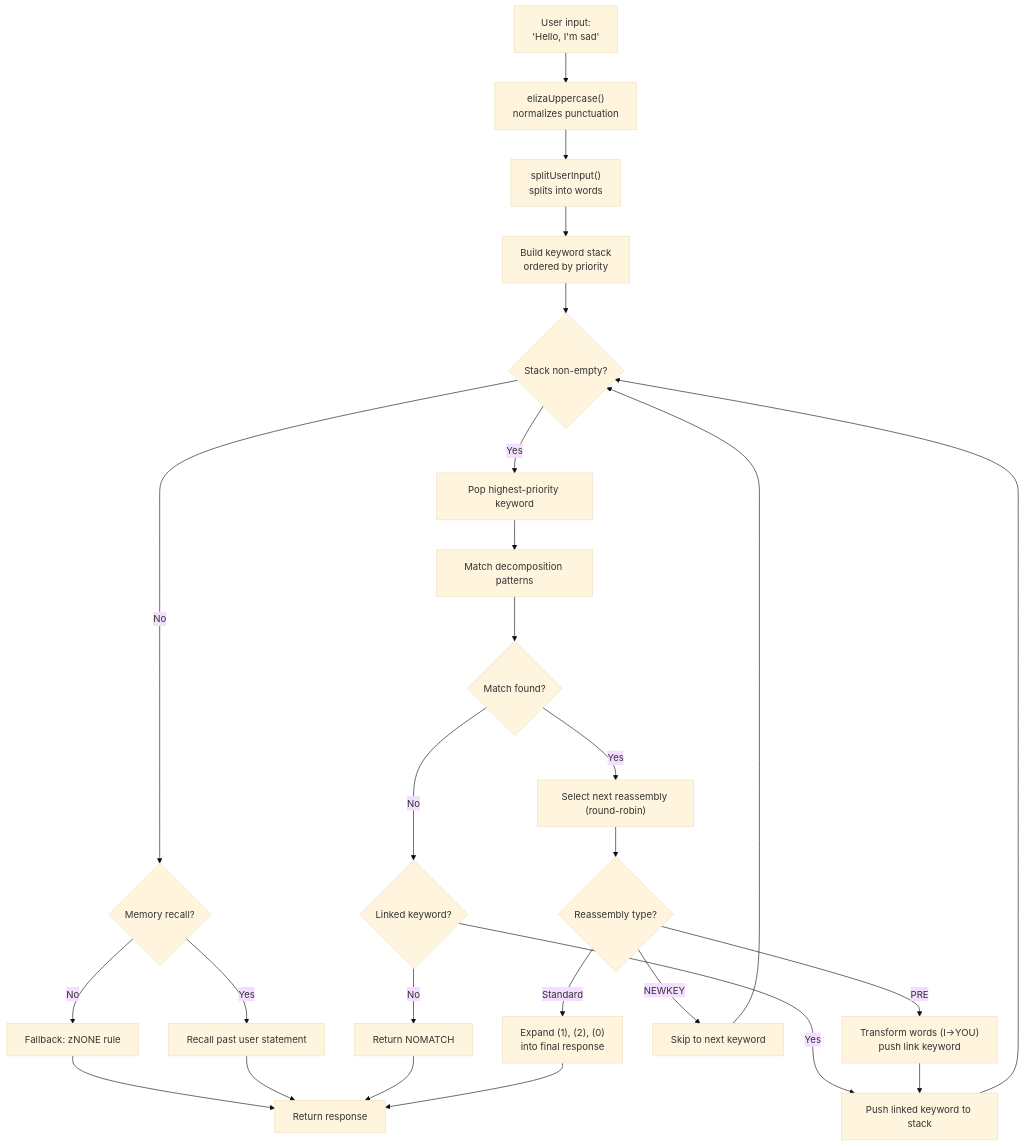
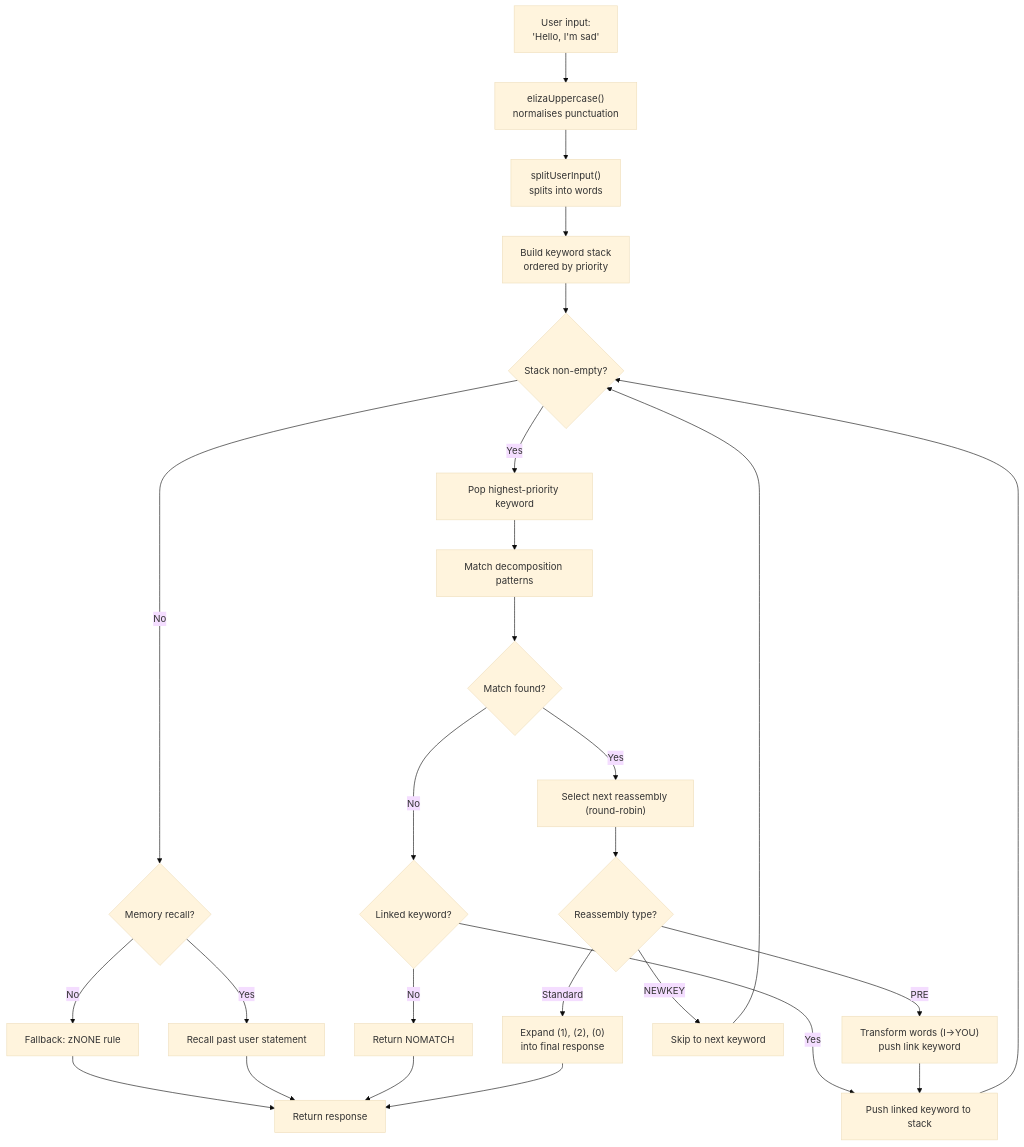
One commit to fox3000foxy/fox3000foxy.github.io changed the first of 2 diagrams in public/articles/en/from-eliza-to-llm-chatbots-typescript.md. Above: the diagram before and after it, drawn with Mermaid (base theme). The commit also changed other lines of this file and 576 other files, not shown here.

````diff
--- a/public/articles/en/from-eliza-to-llm-chatbots-typescript.md
+++ b/public/articles/en/from-eliza-to-llm-chatbots-typescript.md
@@ -93,28 +92,28 @@
 ```mermaid
 flowchart TD
-    A["User input:<br>'Hello, I'm sad'"] --> B["elizaUppercase()<br>normalizes punctuation"]
+    A["User input:<br>'Hello, I'm sad'"] --> B["elizaUppercase()<br>normalises punctuation"]
     B --> C["splitUserInput()<br>splits into words"]
     C --> D["Build keyword stack<br>ordered by priority"]
     D --> E{"Stack non-empty?"}
     E -->|"Yes"| F["Pop highest-priority keyword"]
     E -->|"No"| G{"Memory recall?"}
     G -->|"Yes"| H["Recall past user statement"]
     G -->|"No"| I["Fallback: zNONE rule"]
     I --> J["Return response"]
     H --> J
     F --> K["Match decomposition patterns"]
     K --> L{"Match found?"}
     L -->|"No"| M{"Linked keyword?"}
     M -->|"Yes"| N["Push linked keyword to stack"]
     N --> E
     M -->|"No"| O["Return NOMATCH"]
     O --> J
     L -->|"Yes"| P["Select next reassembly (round-robin)"]
     P --> Q{"Reassembly type?"}
     Q -->|"PRE"| R["Transform words (I→YOU)<br>push link keyword"]
     R --> N
     Q -->|"NEWKEY"| S["Skip to next keyword"]
     S --> E
     Q -->|"Standard"| T["Expand (1), (2), (0)<br>into final response"]
     T --> J
 ```
````
